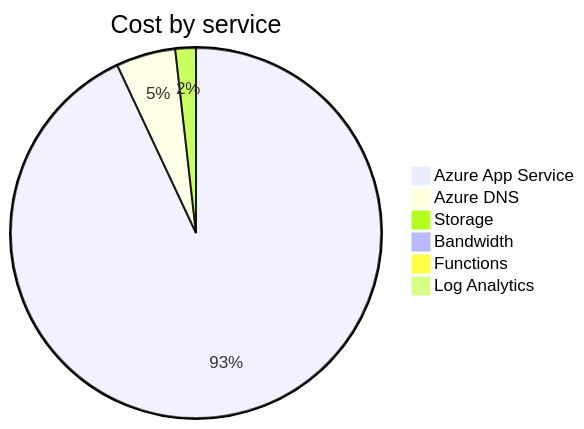
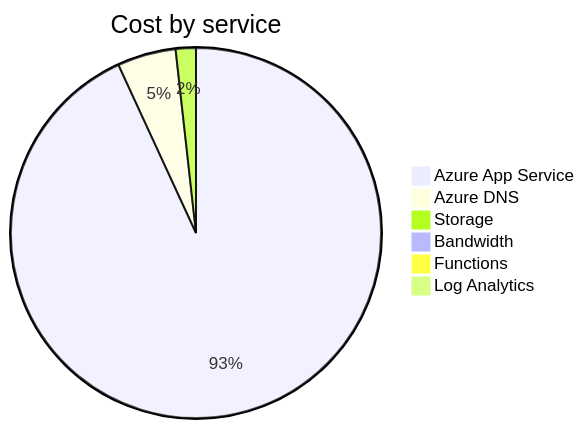
Before and after one commit to jpfulton/azure-personal-reports: the second of 4 diagrams in cost-reports/accumulated-cost.md, drawn with Mermaid. The commit also changed other lines of this file and 4 other files, not shown here.

````diff
--- a/cost-reports/accumulated-cost.md
+++ b/cost-reports/accumulated-cost.md
@@ -100,10 +100,10 @@
 ```mermaid
 pie
    title Cost by service
-   "Azure App Service" : 4.66
-   "Azure DNS" : 0.26
-   "Storage" : 0.09
+   "Azure App Service" : 5.28
+   "Azure DNS" : 0.29
+   "Storage" : 0.10
    "Bandwidth" : 0.00
    "Functions" : 0.00
    "Log Analytics" : 0.00
 ```
````
